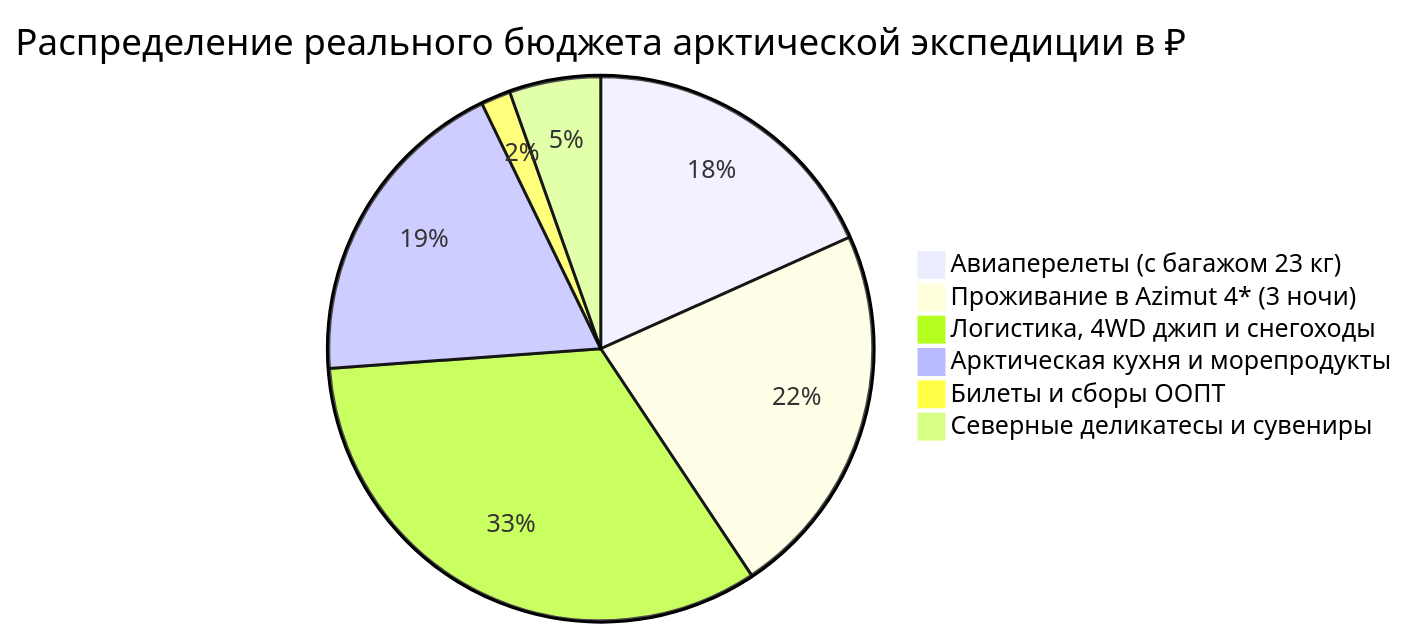
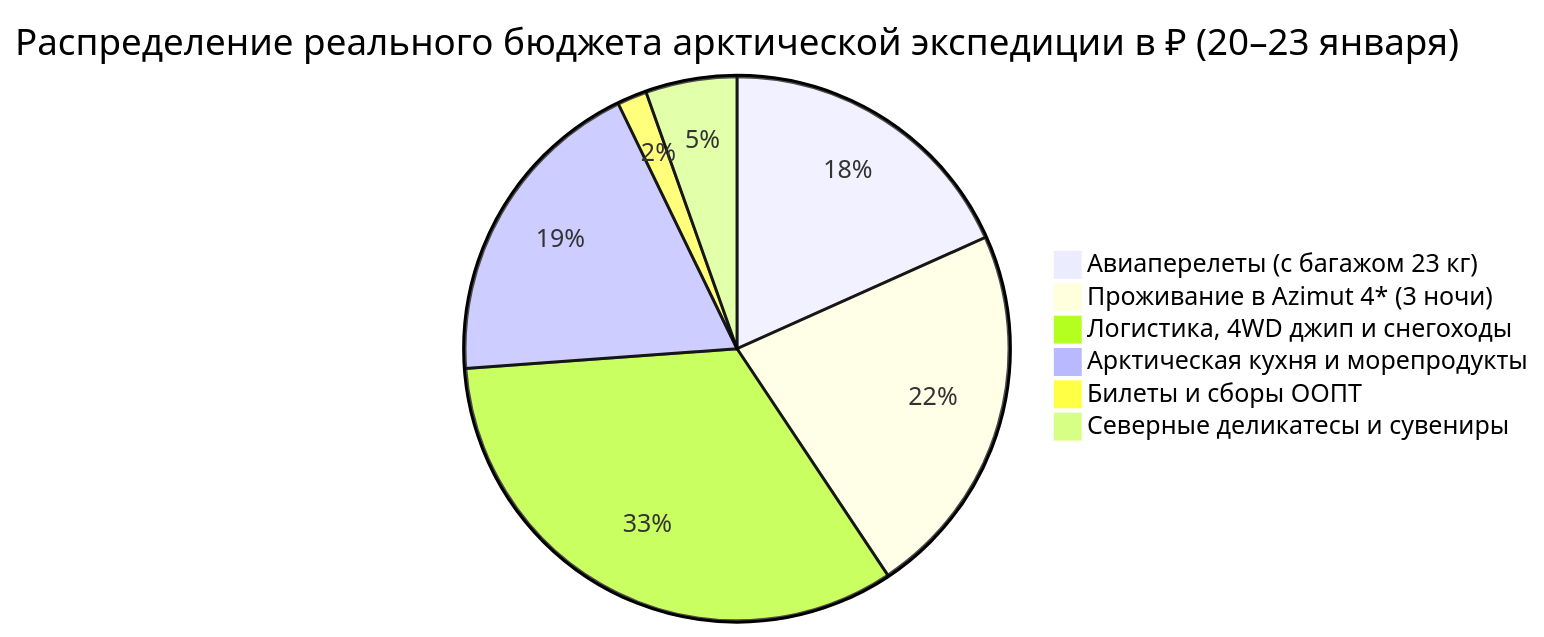
The diagram in Personal Note/Travel/-- Murmansk/04 - Финансы/Финансы.md (injurka/obsidian-mark), drawn with Mermaid before and after one commit. The commit also changed other lines of this file and 80 other files, not shown here.

````diff
--- a/Personal Note/Travel/-- Murmansk/04 - Финансы/Финансы.md
+++ b/Personal Note/Travel/-- Murmansk/04 - Финансы/Финансы.md
@@ -11,9 +11,9 @@
 ```mermaid
-pie title Распределение реального бюджета арктической экспедиции в ₽
+pie title Распределение реального бюджета арктической экспедиции в ₽ (20–23 января)
     "Авиаперелеты (с багажом 23 кг)" : 13500
     "Проживание в Azimut 4* (3 ночи)" : 16500
     "Логистика, 4WD джип и снегоходы" : 24500
     "Арктическая кухня и морепродукты" : 14000
     "Билеты и сборы ООПТ" : 1300
     "Северные деликатесы и сувениры" : 4000
 ```
````
